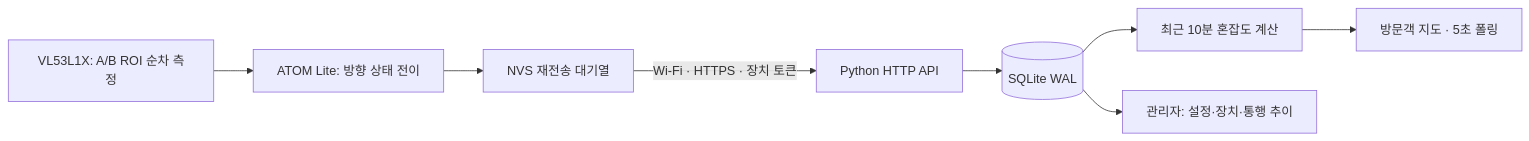
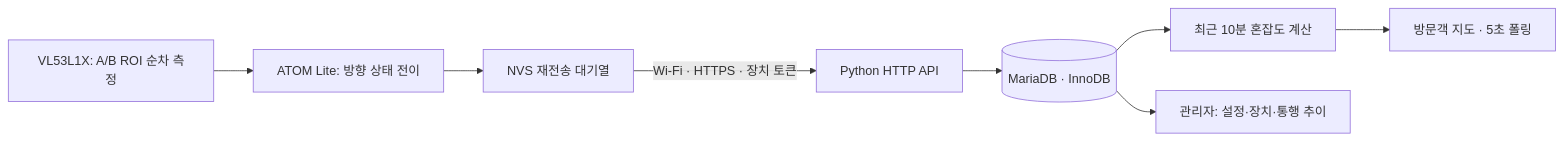
Before and after one commit to useouseo/iot_project: the diagram in docs/ARCHITECTURE.md, drawn with Mermaid. The commit also changed other lines of this file, not shown here.

Commit message:
Support MariaDB public QR: docs/ARCHITECTURE.md

````diff
--- a/docs/ARCHITECTURE.md
+++ b/docs/ARCHITECTURE.md
@@ -5,10 +5,10 @@
 ```mermaid
 flowchart LR
   A[VL53L1X: A/B ROI 순차 측정] --> B[ATOM Lite: 방향 상태 전이]
   B --> C[NVS 재전송 대기열]
   C -->|Wi-Fi · HTTPS · 장치 토큰| D[Python HTTP API]
-  D --> E[(SQLite WAL)]
+  D --> E[(MariaDB · InnoDB)]
   E --> F[최근 10분 혼잡도 계산]
   F --> G[방문객 지도 · 5초 폴링]
   E --> H[관리자: 설정·장치·통행 추이]
 ```
````
